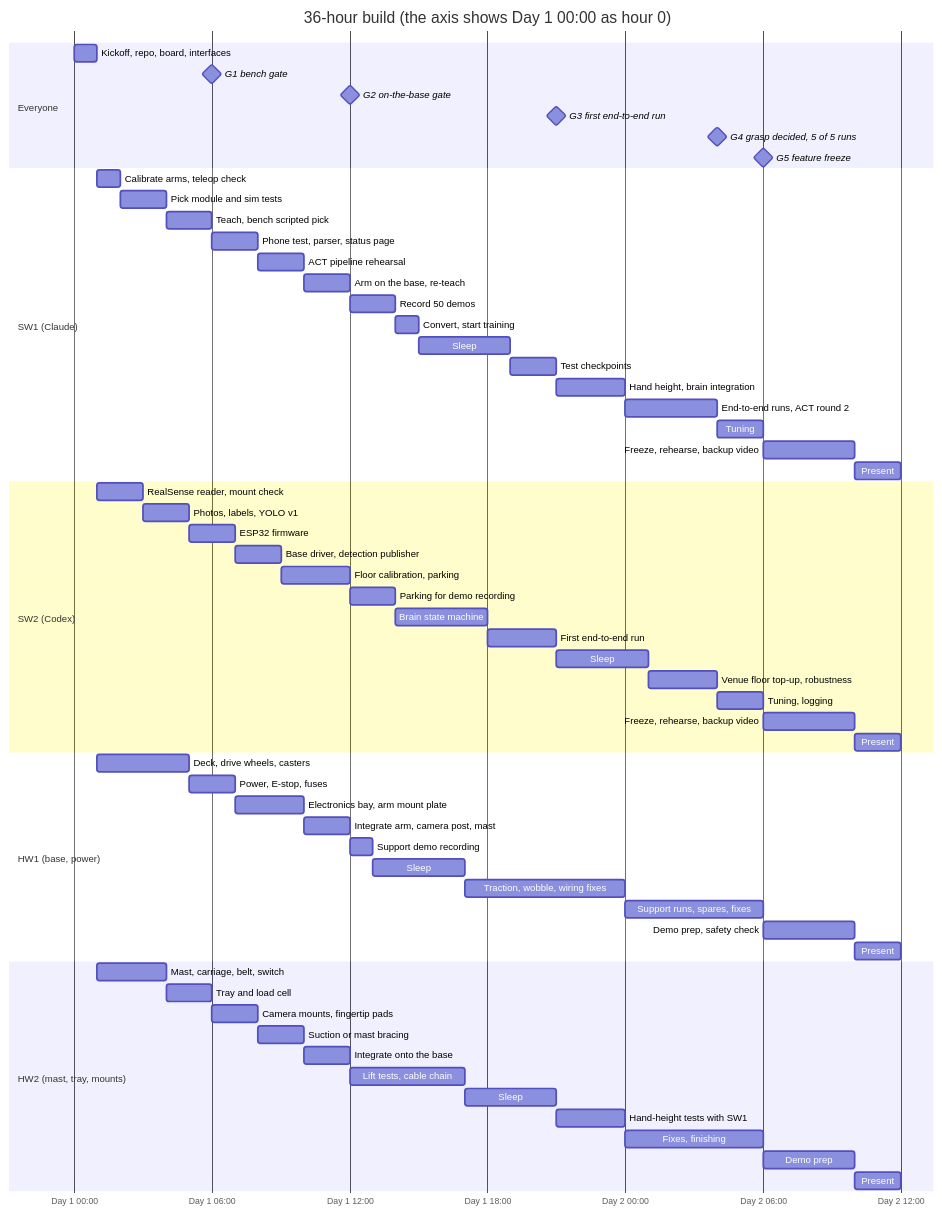
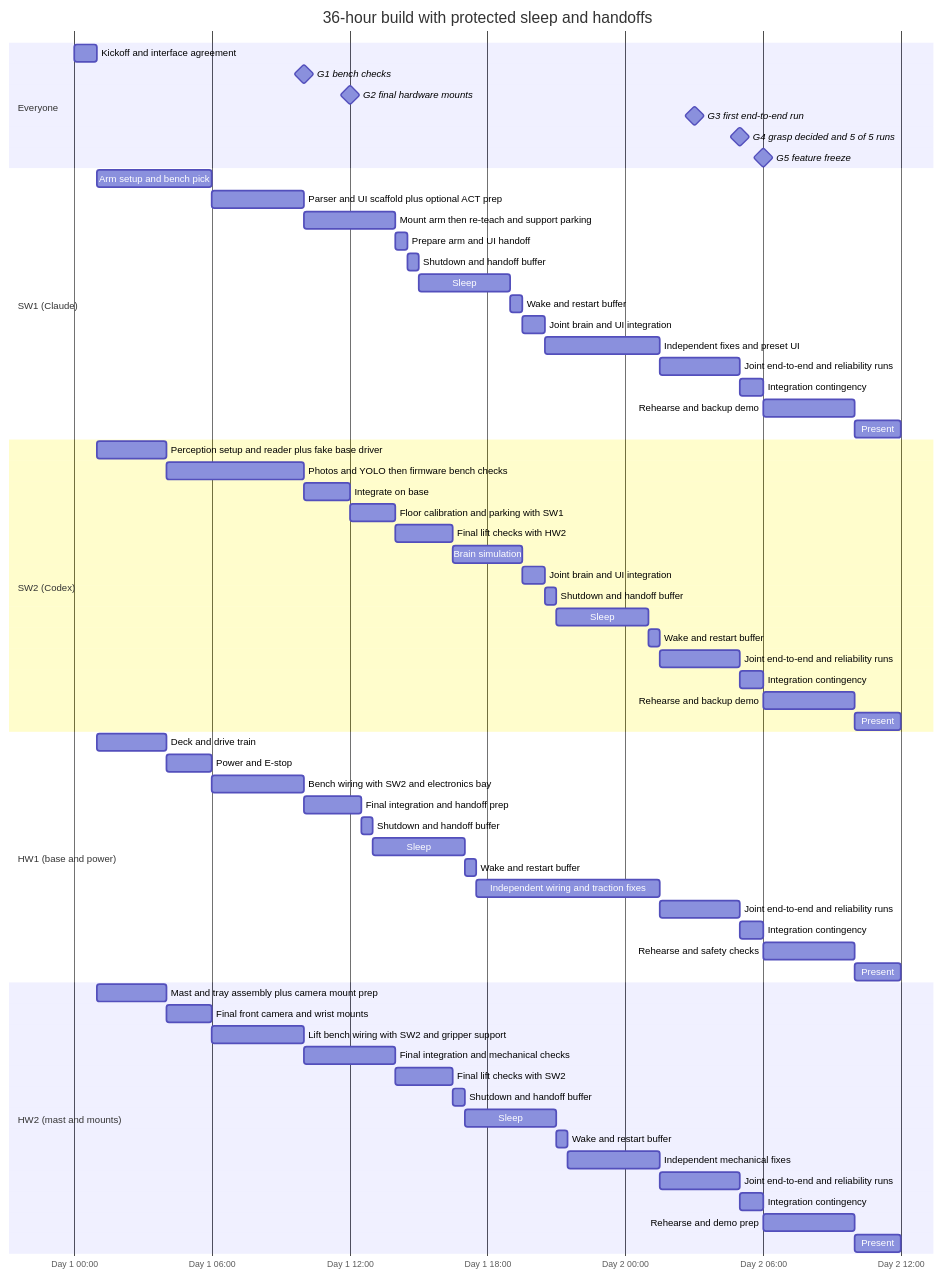
One commit to aarooshpravici/AutoPick-CalHacks changed diagram 11 of 12 in plan.md. Above: the diagram before and after it, drawn with Mermaid. The commit also changed other lines of this file, not shown here.

Commit message:
Budget sleep buffers and map software hardware handoffs

````diff
--- a/plan.md
+++ b/plan.md
@@ -843,72 +858,75 @@
 ```mermaid
 gantt
-    title 36-hour build (the axis shows Day 1 00:00 as hour 0)
+    title 36-hour build with protected sleep and handoffs
     dateFormat YYYY-MM-DD HH:mm
-    axisFormat Day %e %H:00
+    axisFormat Day %e %H:%M
     tickInterval 6hour
 
     section Everyone
-    Kickoff, repo, board, interfaces     :k1, 2000-01-01 00:00, 1h
-    G1 bench gate                        :milestone, g1, 2000-01-01 06:00, 0h
-    G2 on-the-base gate                  :milestone, g2, 2000-01-01 12:00, 0h
-    G3 first end-to-end run              :milestone, g3, 2000-01-01 21:00, 0h
-    G4 grasp decided, 5 of 5 runs        :milestone, g4, 2000-01-02 04:00, 0h
+    Kickoff and interface agreement      :k1, 2000-01-01 00:00, 1h
+    G1 bench checks                      :milestone, g1, 2000-01-01 10:00, 0h
+    G2 final hardware mounts             :milestone, g2, 2000-01-01 12:00, 0h
+    G3 first end-to-end run              :milestone, g3, 2000-01-02 03:00, 0h
+    G4 grasp decided and 5 of 5 runs     :milestone, g4, 2000-01-02 05:00, 0h
     G5 feature freeze                    :milestone, g5, 2000-01-02 06:00, 0h
 
     section SW1 (Claude)
-    Calibrate arms, teleop check         :a1, 2000-01-01 01:00, 1h
-    Pick module and sim tests            :a2, after a1, 2h
-    Teach, bench scripted pick           :a3, after a2, 2h
-    Phone test, parser, status page      :a4, after a3, 2h
-    ACT pipeline rehearsal               :a5, after a4, 2h
-    Arm on the base, re-teach            :a6, after a5, 2h
-    Record 50 demos                      :a7, after a6, 2h
-    Convert, start training              :a8, after a7, 1h
-    Sleep                                :s1, after a8, 4h
-    Test checkpoints                     :a9, after s1, 2h
-    Hand height, brain integration       :a10, after a9, 3h
-    End-to-end runs, ACT round 2         :a11, after a10, 4h
-    Tuning                               :a12, after a11, 2h
-    Freeze, rehearse, backup video       :a13, after a12, 4h
-    Present                              :a14, after a13, 2h
+    Arm setup and bench pick             :a1, 2000-01-01 01:00, 5h
+    Parser and UI scaffold plus optional ACT prep :a2, after a1, 4h
+    Mount arm then re-teach and support parking :a3, after a2, 4h
+    Prepare arm and UI handoff           :a4, after a3, 30m
+    Shutdown and handoff buffer          :a5, after a4, 30m
+    Sleep                               :s1, after a5, 4h
+    Wake and restart buffer             :a6, after s1, 30m
+    Joint brain and UI integration       :a7, after a6, 1h
+    Independent fixes and preset UI      :a8, after a7, 5h
+    Joint end-to-end and reliability runs :a9, after a8, 210m
+    Integration contingency              :a10, after a9, 1h
+    Rehearse and backup demo             :a11, after a10, 4h
+    Present                             :a12, after a11, 2h
 
     section SW2 (Codex)
-    RealSense reader, mount check        :b1, 2000-01-01 01:00, 2h
-    Photos, labels, YOLO v1              :b2, after b1, 2h
-    ESP32 firmware                       :b3, after b2, 2h
-    Base driver, detection publisher     :b4, after b3, 2h
-    Floor calibration, parking           :b5, after b4, 3h
-    Parking for demo recording           :b6, after b5, 2h
-    Brain state machine                  :b7, after b6, 4h
-    First end-to-end run                 :b8, after b7, 3h
-    Sleep                                :s2, after b8, 4h
-    Venue floor top-up, robustness       :b9, after s2, 3h
-    Tuning, logging                      :b10, after b9, 2h
-    Freeze, rehearse, backup video       :b11, after b10, 4h
-    Present                              :b12, after b11, 2h
+    Perception setup and reader plus fake base driver :b1, 2000-01-01 01:00, 3h
+    Photos and YOLO then firmware bench checks :b2, after b1, 6h
+    Integrate on base                    :b3, after b2, 2h
+    Floor calibration and parking with SW1 :b4, after b3, 2h
+    Final lift checks with HW2           :b5, after b4, 150m
+    Brain simulation                    :b6, after b5, 3h
+    Joint brain and UI integration       :b7, after b6, 1h
+    Shutdown and handoff buffer          :b8, after b7, 30m
+    Sleep                               :s2, after b8, 4h
+    Wake and restart buffer             :b9, after s2, 30m
+    Joint end-to-end and reliability runs :b10, after b9, 210m
+    Integration contingency              :b11, after b10, 1h
+    Rehearse and backup demo             :b12, after b11, 4h
+    Present                             :b13, after b12, 2h
 
-    section HW1 (base, power)
-    Deck, drive wheels, casters          :c1, 2000-01-01 01:00, 4h
-    Power, E-stop, fuses                 :c2, after c1, 2h
-    Electronics bay, arm mount plate     :c3, after c2, 3h
-    Integrate arm, camera post, mast     :c4, after c3, 2h
-    Support demo recording               :c5, after c4, 1h
-    Sleep                                :s3, after c5, 4h
-    Traction, wobble, wiring fixes       :c6, after s3, 7h
-    Support runs, spares, fixes          :c7, after c6, 6h
-    Demo prep, safety check              :c8, after c7, 4h
-    Present                              :c9, after c8, 2h
+    section HW1 (base and power)
+    Deck and drive train                 :c1, 2000-01-01 01:00, 3h
+    Power and E-stop                     :c2, after c1, 2h
+    Bench wiring with SW2 and electronics bay :c3, after c2, 4h
+    Final integration and handoff prep   :c4, after c3, 150m
+    Shutdown and handoff buffer          :c5, after c4, 30m
+    Sleep                               :s3, after c5, 4h
+    Wake and restart buffer             :c6, after s3, 30m
+    Independent wiring and traction fixes :c7, after c6, 8h
+    Joint end-to-end and reliability runs :c8, after c7, 210m
+    Integration contingency              :c9, after c8, 1h
+    Rehearse and safety checks           :c10, after c9, 4h
+    Present                             :c11, after c10, 2h
 
-    section HW2 (mast, tray, mounts)
-    Mast, carriage, belt, switch         :d1, 2000-01-01 01:00, 3h
-    Tray and load cell                   :d2, after d1, 2h
-    Camera mounts, fingertip pads        :d3, after d2, 2h
-    Suction or mast bracing              :d4, after d3, 2h
-    Integrate onto the base              :d5, after d4, 2h
-    Lift tests, cable chain              :d6, after d5, 5h
-    Sleep                                :s4, after d6, 4h
-    Hand-height tests with SW1           :d7, after s4, 3h
-    Fixes, finishing                     :d8, after d7, 6h
-    Demo prep                            :d9, after d8, 4h
-    Present                              :d10, after d9, 2h
+    section HW2 (mast and mounts)
+    Mast and tray assembly plus camera mount prep :d1, 2000-01-01 01:00, 3h
+    Final front camera and wrist mounts  :d2, after d1, 2h
+    Lift bench wiring with SW2 and gripper support :d3, after d2, 4h
+    Final integration and mechanical checks :d4, after d3, 4h
+    Final lift checks with SW2           :d5, after d4, 150m
+    Shutdown and handoff buffer          :d6, after d5, 30m
+    Sleep                               :s4, after d6, 4h
+    Wake and restart buffer             :d7, after s4, 30m
+    Independent mechanical fixes        :d8, after d7, 4h
+    Joint end-to-end and reliability runs :d9, after d8, 210m
+    Integration contingency              :d10, after d9, 1h
+    Rehearse and demo prep               :d11, after d10, 4h
+    Present                             :d12, after d11, 2h
 ```
````
